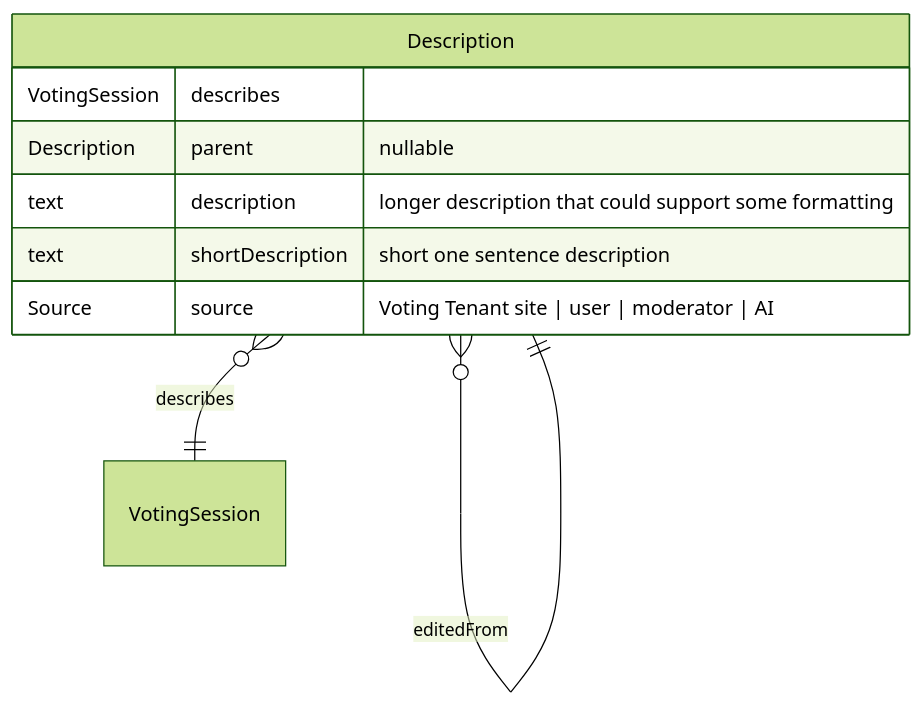
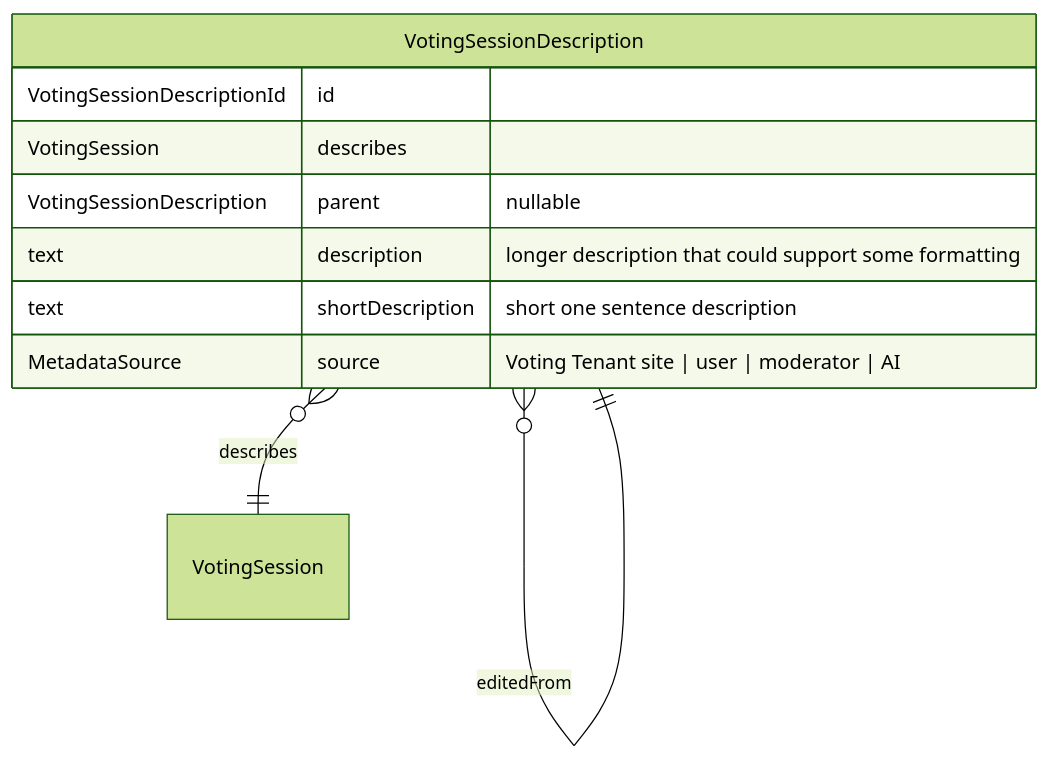
The second of 10 diagrams in doc/09_architectural_decisions/09_01_redesign_from_initial_structure.md (n1t4chi/who-votes-like-you), drawn with Mermaid (forest theme) before and after one commit. The commit also changed other lines of this file and 373 other files, not shown here.

````diff
--- a/doc/09_architectural_decisions/09_01_redesign_from_initial_structure.md
+++ b/doc/09_architectural_decisions/09_01_redesign_from_initial_structure.md
@@ -133,12 +133,13 @@
 ```mermaid
 erDiagram
-    Description }o--|| VotingSession: describes
-    Description }o--|| Description: editedFrom
-    Description{
+    VotingSessionDescription }o--|| VotingSession: describes
+    VotingSessionDescription }o--|| VotingSessionDescription: editedFrom
+    VotingSessionDescription{
+        VotingSessionDescriptionId id
         VotingSession describes
-        Description parent "nullable"
+        VotingSessionDescription parent "nullable"
         text description "longer description that could support some formatting"
         text shortDescription "short one sentence description"
-        Source source "Voting Tenant site | user | moderator | AI"
+        MetadataSource source "Voting Tenant site | user | moderator | AI"
     }
 ```
````
